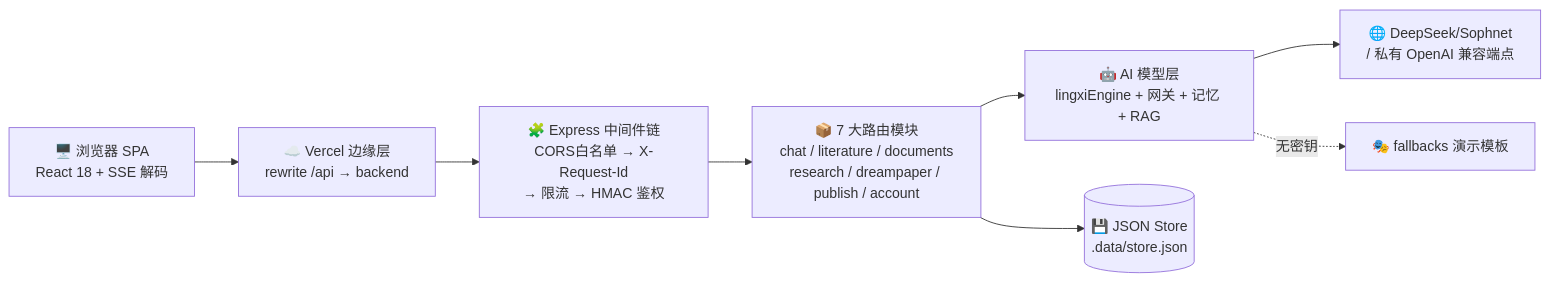
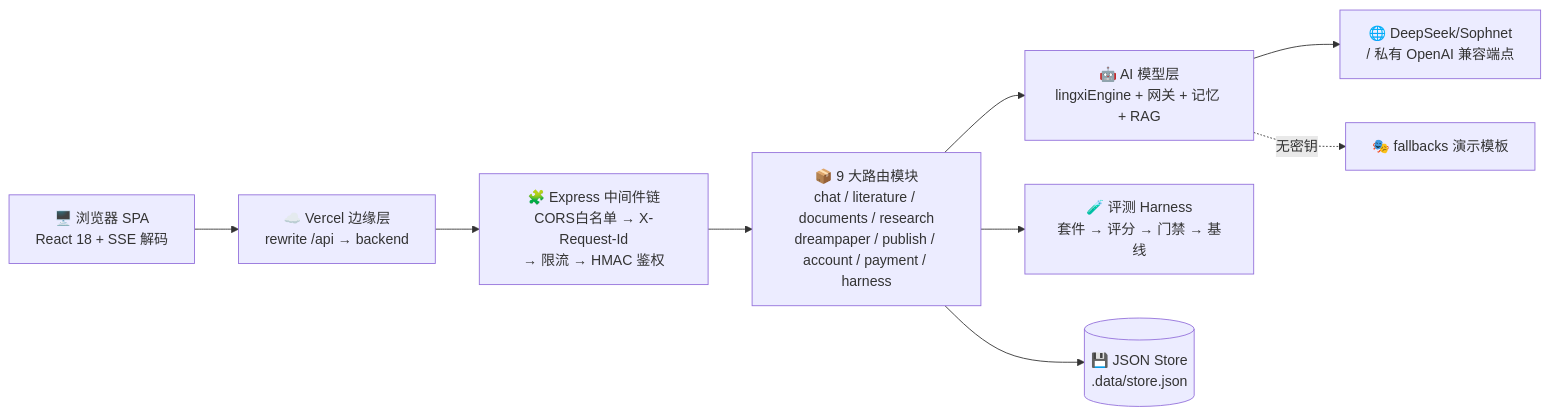
Before and after one commit to wyxder/ScienceX: the first of 2 diagrams in README.md, drawn with Mermaid. The commit also changed other lines of this file, not shown here.

````diff
--- a/README.md
+++ b/README.md
@@ -166,10 +183,11 @@
 ```mermaid
 flowchart LR
     Browser[🖥️ 浏览器 SPA<br/>React 18 + SSE 解码] --> Edge[☁️ Vercel 边缘层<br/>rewrite /api → backend]
     Edge --> MW[🧩 Express 中间件链<br/>CORS白名单 → X-Request-Id<br/>→ 限流 → HMAC 鉴权]
-    MW --> RT[📦 7 大路由模块<br/>chat / literature / documents<br/>research / dreampaper / publish / account]
+    MW --> RT[📦 9 大路由模块<br/>chat / literature / documents / research<br/>dreampaper / publish / account / payment / harness]
     RT --> GW[🤖 AI 模型层<br/>lingxiEngine + 网关 + 记忆 + RAG]
+    RT --> HC[🧪 评测 Harness<br/>套件 → 评分 → 门禁 → 基线]
     RT --> DB[(💾 JSON Store<br/>.data/store.json)]
     GW --> LLM[🌐 DeepSeek/Sophnet<br/>/ 私有 OpenAI 兼容端点]
     GW -.->|无密钥| FB[🎭 fallbacks 演示模板]
 ```
````
